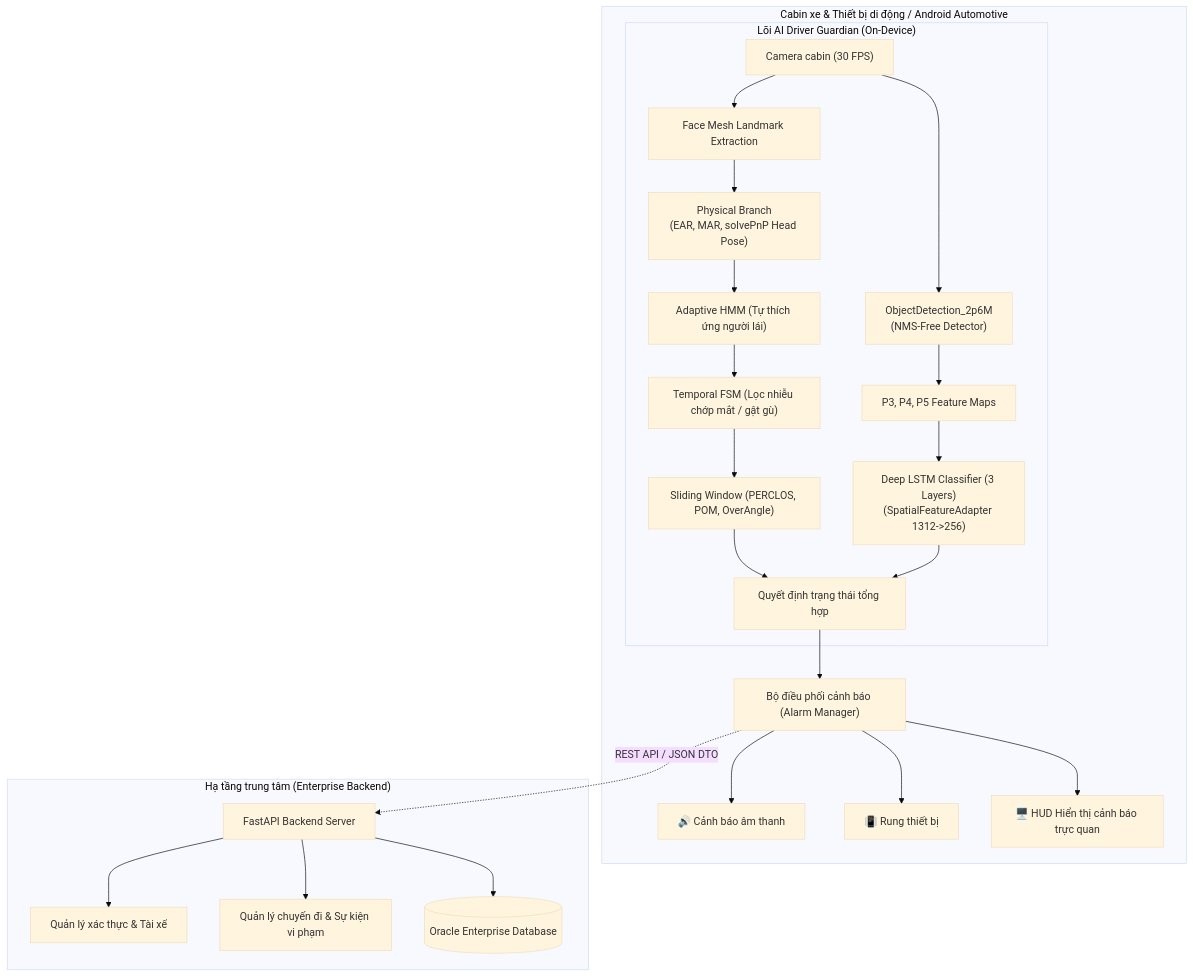
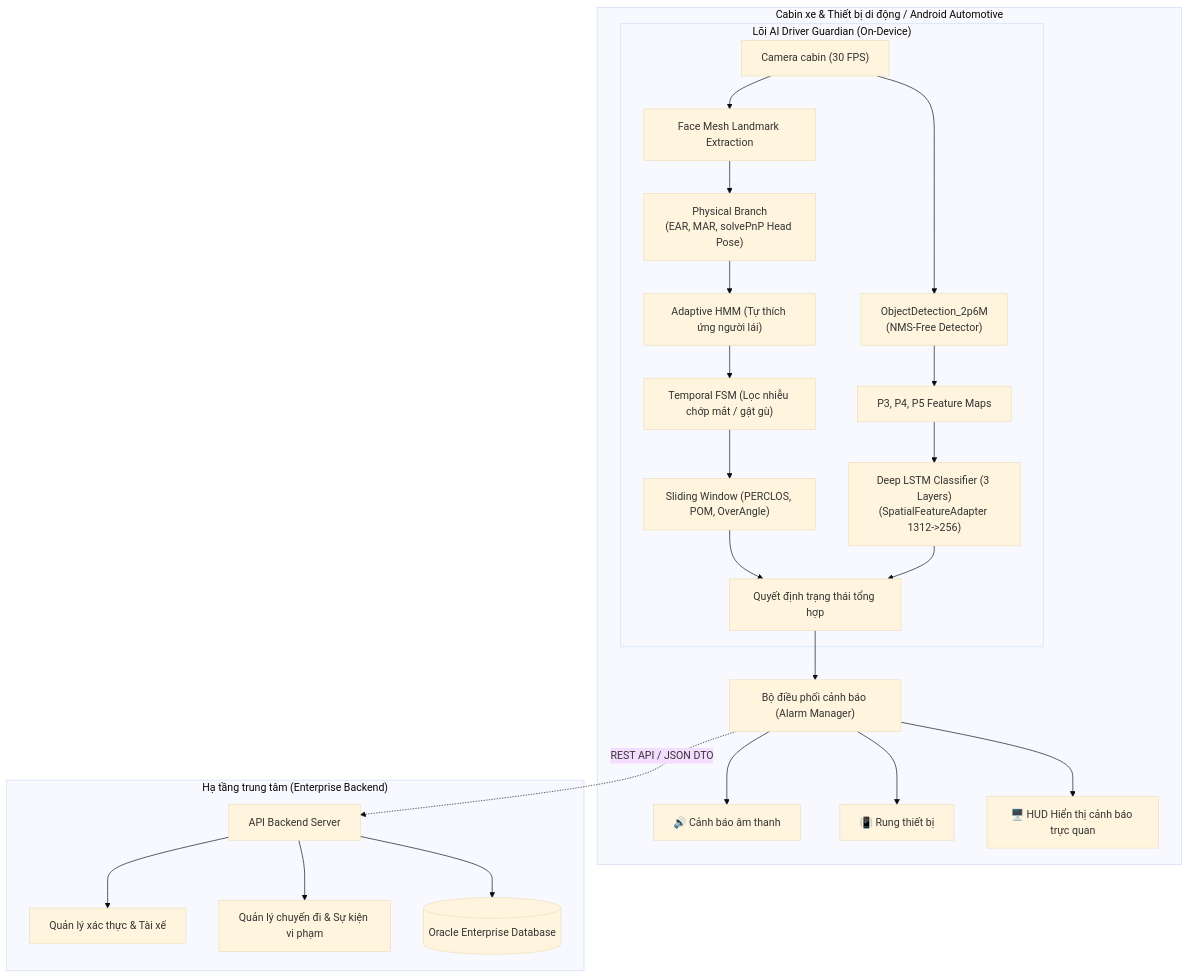
One commit to minh4bys2-non/driver-guardian changed the second of 2 diagrams in README.md. Above: the diagram before and after it, drawn with Mermaid (base theme). The commit also changed other lines of this file, not shown here.

````diff
--- a/README.md
+++ b/README.md
@@ -99,32 +99,32 @@
 ```mermaid
 flowchart TD
     subgraph Cabin["Cabin xe & Thiết bị di động / Android Automotive"]
         Cam["Camera cabin (30 FPS)"] --> Face["Face Mesh Landmark Extraction"]
         
         subgraph AI_Core["Lõi AI Driver Guardian (On-Device)"]
             Face --> Phys["Physical Branch<br/>(EAR, MAR, solvePnP Head Pose)"]
             Phys --> HMM["Adaptive HMM (Tự thích ứng người lái)"]
             HMM --> FSM["Temporal FSM (Lọc nhiễu chớp mắt / gật gù)"]
             FSM --> Ratio["Sliding Window (PERCLOS, POM, OverAngle)"]
             
             Cam --> NMSDet["ObjectDetection_2p6M<br/>(NMS-Free Detector)"]
             NMSDet --> SpatialFeat["P3, P4, P5 Feature Maps"]
             
             SpatialFeat --> LSTM["Deep LSTM Classifier (3 Layers)<br/>(SpatialFeatureAdapter 1312->256)"]
             Ratio --> Fusion["Quyết định trạng thái tổng hợp"]
             LSTM --> Fusion
         end
         
         Fusion --> AlertMgr["Bộ điều phối cảnh báo (Alarm Manager)"]
         AlertMgr --> Sound["🔊 Cảnh báo âm thanh"]
         AlertMgr --> Haptic["📳 Rung thiết bị"]
         AlertMgr --> HUD["🖥️ HUD Hiển thị cảnh báo trực quan"]
     end
 
     subgraph Cloud["Hạ tầng trung tâm (Enterprise Backend)"]
-        AlertMgr -. "REST API / JSON DTO" .-> API["FastAPI Backend Server"]
+        AlertMgr -. "REST API / JSON DTO" .-> API["API Backend Server"]
         API --> Auth["Quản lý xác thực & Tài xế"]
         API --> Trip["Quản lý chuyến đi & Sự kiện vi phạm"]
         API --> DB[("Oracle Enterprise Database")]
     end
 ```
````
